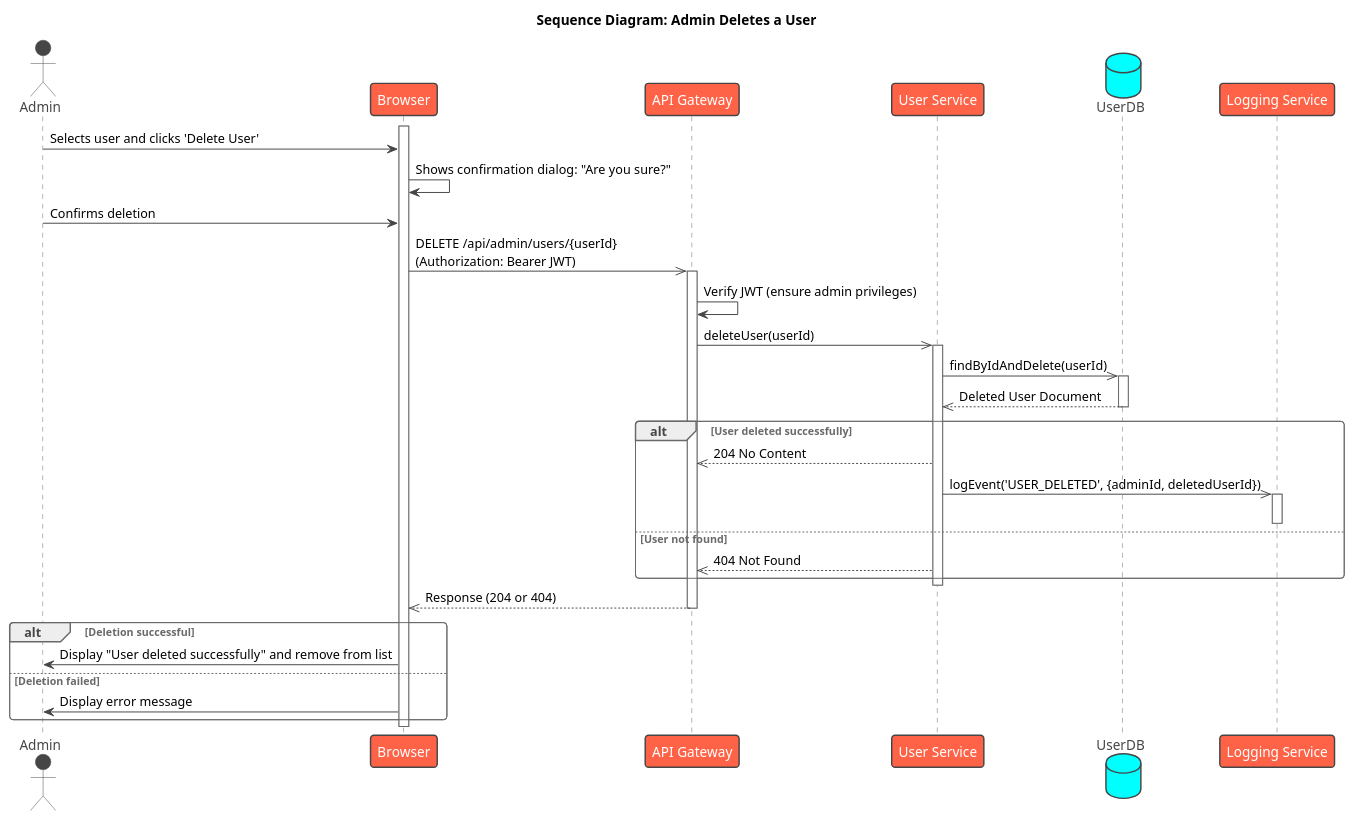
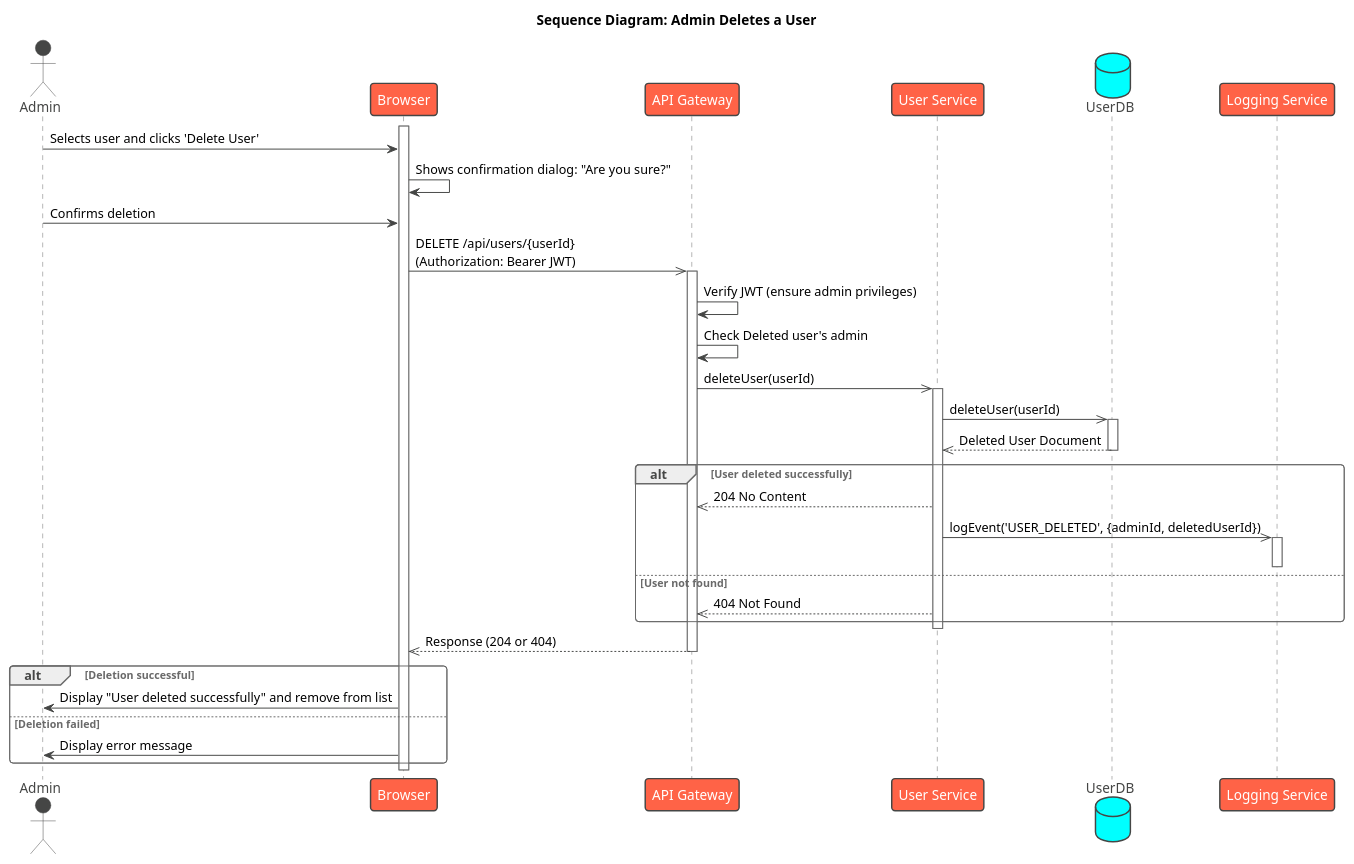
One commit to Arado3333/PageByPage_Israel_Arad changed the diagram in UML/Sequences/Admin/AdminDeleteUser.puml. Above: the diagram before and after it, drawn with PlantUML. The commit also changed 13 other files, not shown here.

```diff
--- a/UML/Sequences/Admin/AdminDeleteUser.puml
+++ b/UML/Sequences/Admin/AdminDeleteUser.puml
@@ -1,53 +1,54 @@
 @startuml
 !theme vibrant
 
 title Sequence Diagram: Admin Deletes a User
 
 actor Admin
 participant Browser
 participant "API Gateway" as Gateway
 participant "User Service" as UserService
 database "UserDB"
 participant "Logging Service" as LoggingService
 
 activate Browser
 Admin -> Browser : Selects user and clicks 'Delete User'
 Browser -> Browser : Shows confirmation dialog: "Are you sure?"
 Admin -> Browser : Confirms deletion
 
-Browser ->> Gateway : DELETE /api/admin/users/{userId}\n(Authorization: Bearer JWT)
+Browser ->> Gateway : DELETE /api/users/{userId}\n(Authorization: Bearer JWT)
 activate Gateway
 
 Gateway -> Gateway : Verify JWT (ensure admin privileges)
+Gateway -> Gateway : Check Deleted user's admin 
 Gateway ->> UserService : deleteUser(userId)
 activate UserService
 
-UserService ->> UserDB : findByIdAndDelete(userId)
+UserService ->> UserDB : deleteUser(userId)
 activate UserDB
 UserDB -->> UserService : Deleted User Document
 deactivate UserDB
 
 alt User deleted successfully
     UserService -->> Gateway : 204 No Content
     
     ' Asynchronous Logging
     UserService ->> LoggingService : logEvent('USER_DELETED', {adminId, deletedUserId})
     activate LoggingService
     deactivate LoggingService
 
 else User not found
     UserService -->> Gateway : 404 Not Found
 end
 
 deactivate UserService
 Gateway -->> Browser : Response (204 or 404)
 deactivate Gateway
 
 alt Deletion successful
     Browser -> Admin : Display "User deleted successfully" and remove from list
 else Deletion failed
     Browser -> Admin : Display error message
 end
 deactivate Browser
 
 @enduml
```
